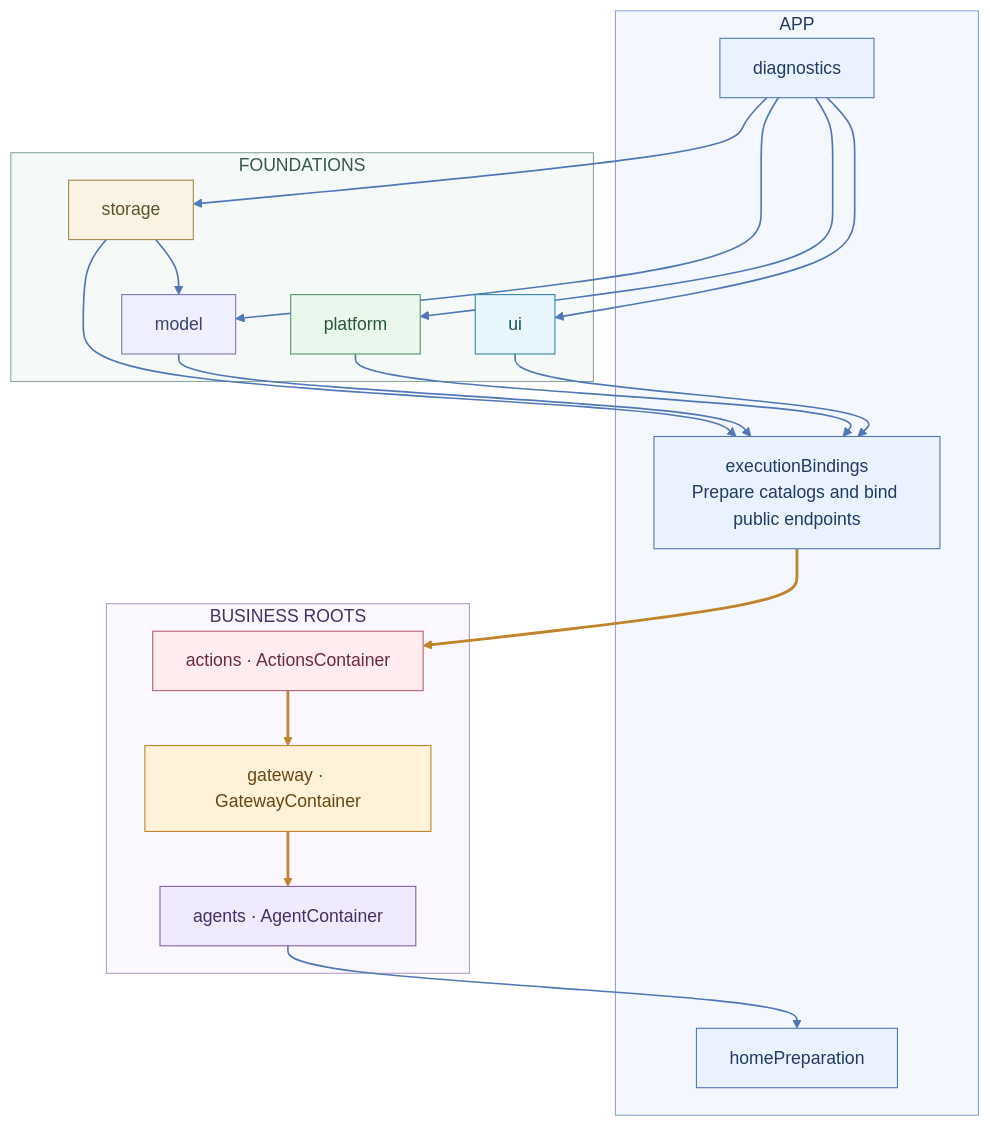
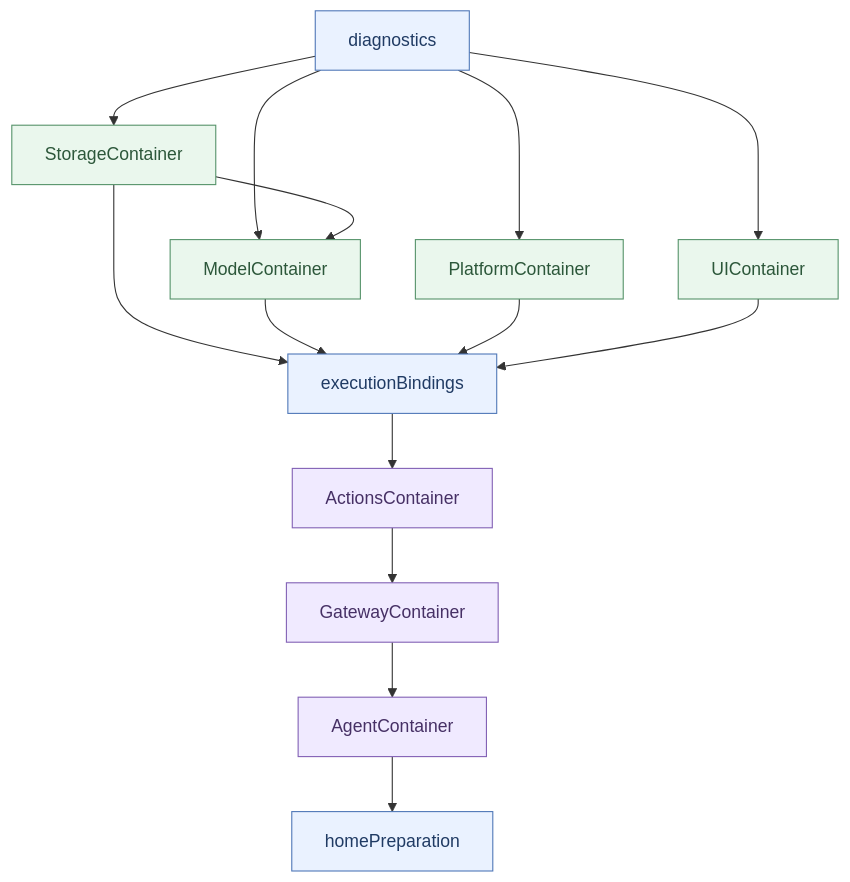
One commit to devilyouwei/MobileHarness changed the fourth of 26 diagrams in MobileHarness/README.md. Above: the diagram before and after it, drawn with Mermaid. The commit also changed other lines of this file and 225 other files, not shown here.

First line of the commit message:
refactor: consolidate storage and harden agent execution

````diff
--- a/MobileHarness/README.md
+++ b/MobileHarness/README.md
@@ -344,53 +352,22 @@
 ```mermaid
 flowchart TB
-    subgraph Host["APP"]
-        Diagnostics["diagnostics"]
-        Bindings["executionBindings<br/>Prepare catalogs and bind public endpoints"]
-        Prepare["homePreparation"]
-    end
-    subgraph Foundations["FOUNDATIONS"]
-        Storage["storage"]
-        Model["model"]
-        Platform["platform"]
-        UI["ui"]
-    end
-    subgraph Runtime["BUSINESS ROOTS"]
-        Actions["actions · ActionsContainer"]
-        Gateway["gateway · GatewayContainer"]
-        Agents["agents · AgentContainer"]
-    end
-    Diagnostics --> Storage
-    Diagnostics --> Model
-    Storage --> Model
-    Diagnostics --> Platform
-    Diagnostics --> UI
-    Storage --> Bindings
-    Model --> Bindings
-    Platform --> Bindings
-    UI --> Bindings
-    Bindings ==> Actions
-    Actions ==> Gateway
-    Gateway ==> Agents
-    Agents --> Prepare
-    style Host fill:#f4f7fd,stroke:#8ca7ce,color:#203b64
-    style Foundations fill:#f5f9f8,stroke:#8ca89f,color:#34594d
-    style Runtime fill:#faf7fd,stroke:#b1a0c4,color:#463065
+    D["diagnostics"] --> S["StorageContainer"]
+    D --> M["ModelContainer"]
+    D --> P["PlatformContainer"]
+    D --> U["UIContainer"]
+    S --> M
+    S --> B["executionBindings"]
+    M --> B
+    P --> B
+    U --> B
+    B --> X["ActionsContainer"]
+    X --> G["GatewayContainer"]
+    G --> A["AgentContainer"]
+    A --> H["homePreparation"]
     classDef host fill:#eaf2ff,stroke:#5078b8,color:#203b64
-    classDef cognition fill:#f0eaff,stroke:#8261b5,color:#463065
-    classDef gateway fill:#fff2d9,stroke:#bf842c,color:#694511
-    classDef ui fill:#e7f6fc,stroke:#3985a4,color:#1f4c60
-    classDef platform fill:#eaf7ed,stroke:#56936a,color:#2c573a
-    classDef model fill:#eeefff,stroke:#747bb8,color:#3c426d
-    classDef storage fill:#faf3e4,stroke:#a18a4e,color:#61512a
-    class Diagnostics,Bindings,Prepare host
-    classDef execution fill:#ffecef,stroke:#b86178,color:#6b2b3d
-    class Actions execution
-    class Gateway gateway
-    class Agents cognition
-    class UI ui
-    class Platform platform
-    class Model model
-    class Storage storage
-    linkStyle 0,1,2,3,4,5,6,7,8,12 stroke:#5078b8,stroke-width:1.5px
-    linkStyle 9,10,11 stroke:#bf842c,stroke-width:2.5px
+    classDef foundation fill:#eaf7ed,stroke:#56936a,color:#2c573a
+    classDef business fill:#f0eaff,stroke:#8261b5,color:#463065
+    class D,B,H host
+    class S,M,P,U foundation
+    class X,G,A business
 ```
````
